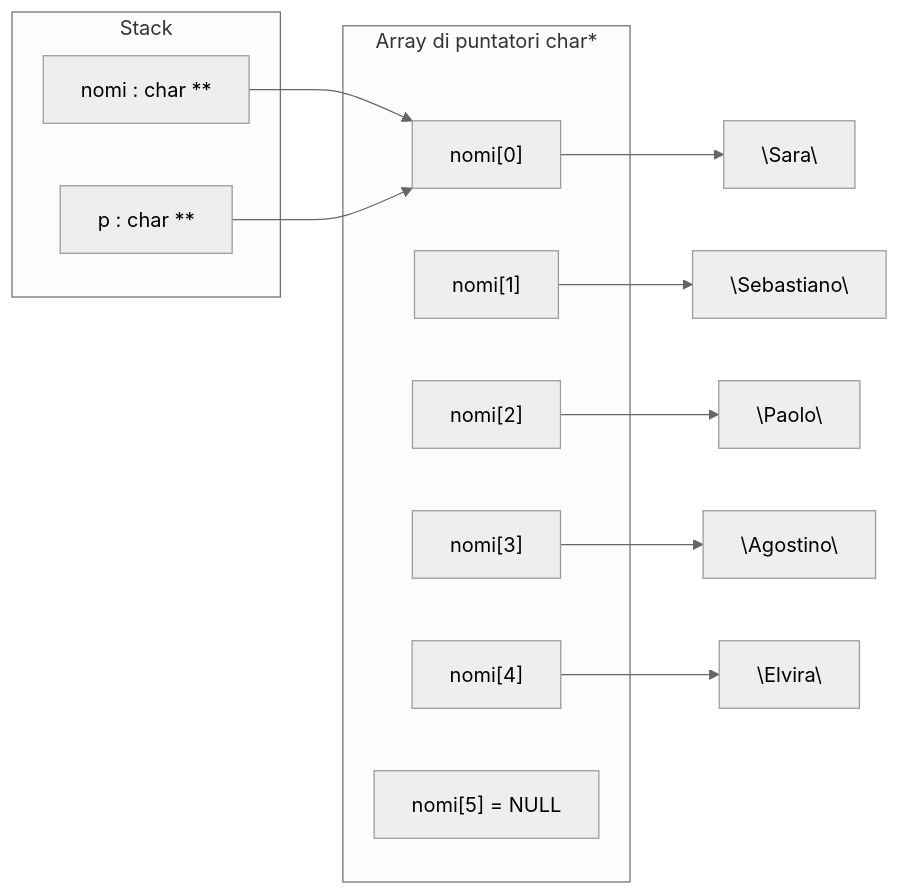
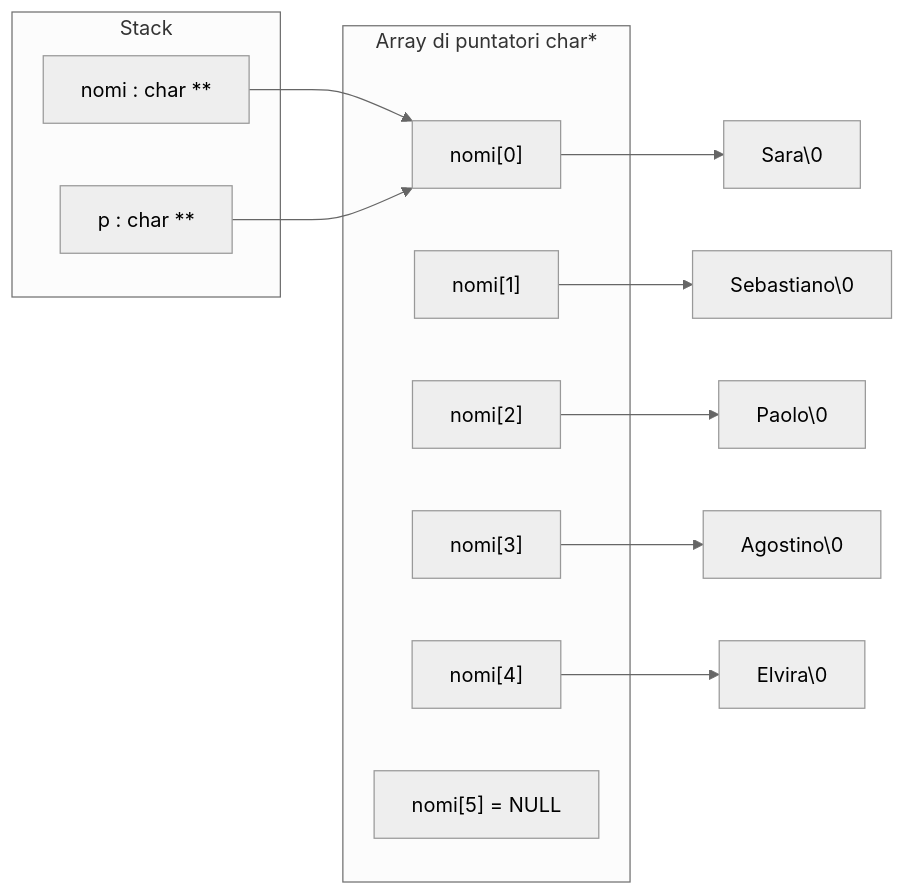
The diagram in slides/07 - Puntatori.md (nbicocchi/learn-c), drawn with Mermaid (neutral theme) before and after one commit. The commit also changed other lines of this file and 2 other files, not shown here.

````diff
--- a/slides/07 - Puntatori.md
+++ b/slides/07 - Puntatori.md
@@ -242,32 +243,32 @@
 ```mermaid
 flowchart LR
 
     subgraph Stack
         NOMI["nomi : char **"]
         P["p : char **"]
     end
 
     subgraph Array["Array di puntatori char*"]
         N0["nomi[0]"]
         N1["nomi[1]"]
         N2["nomi[2]"]
         N3["nomi[3]"]
         N4["nomi[4]"]
         N5["nomi[5] = NULL"]
     end
 
-    S0["\"Sara\""]
-    S1["\"Sebastiano\""]
-    S2["\"Paolo\""]
-    S3["\"Agostino\""]
-    S4["\"Elvira\""]
+    S0["Sara\0"]
+    S1["Sebastiano\0"]
+    S2["Paolo\0"]
+    S3["Agostino\0"]
+    S4["Elvira\0"]
 
     NOMI --> N0
     P --> N0
 
     N0 --> S0
     N1 --> S1
     N2 --> S2
     N3 --> S3
     N4 --> S4
 ```
````
